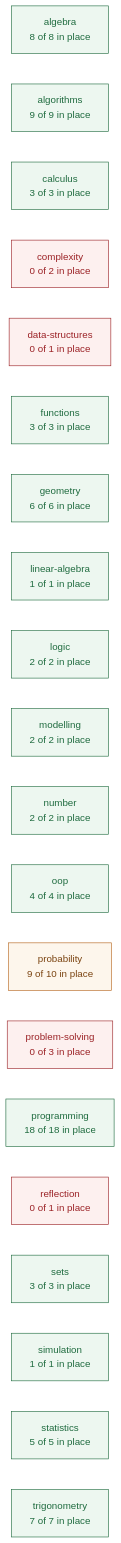
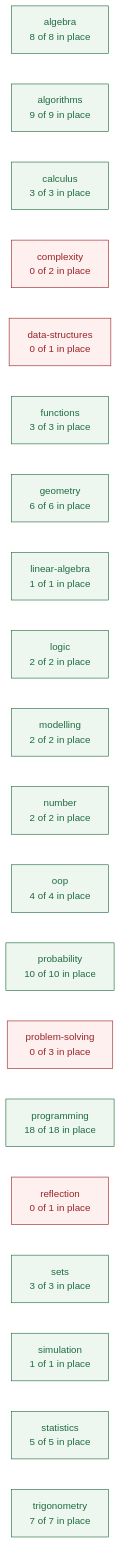
The first of 3 diagrams in planning/CURRICULUM_MAP.md (deweydex/dewlab), drawn with Mermaid before and after one commit. The commit also changed other lines of this file and 5 other files, not shown here.

````diff
--- a/planning/CURRICULUM_MAP.md
+++ b/planning/CURRICULUM_MAP.md
@@ -52,30 +52,29 @@
 ```mermaid
 graph LR
   algebra["algebra<br/>8 of 8 in place"]
   algorithms["algorithms<br/>9 of 9 in place"]
   calculus["calculus<br/>3 of 3 in place"]
   complexity["complexity<br/>0 of 2 in place"]
   data_structures["data-structures<br/>0 of 1 in place"]
   functions["functions<br/>3 of 3 in place"]
   geometry["geometry<br/>6 of 6 in place"]
   linear_algebra["linear-algebra<br/>1 of 1 in place"]
   logic["logic<br/>2 of 2 in place"]
   modelling["modelling<br/>2 of 2 in place"]
   number["number<br/>2 of 2 in place"]
   oop["oop<br/>4 of 4 in place"]
-  probability["probability<br/>9 of 10 in place"]
+  probability["probability<br/>10 of 10 in place"]
   problem_solving["problem-solving<br/>0 of 3 in place"]
   programming["programming<br/>18 of 18 in place"]
   reflection["reflection<br/>0 of 1 in place"]
   sets["sets<br/>3 of 3 in place"]
   simulation["simulation<br/>1 of 1 in place"]
   statistics["statistics<br/>5 of 5 in place"]
   trigonometry["trigonometry<br/>7 of 7 in place"]
 
   classDef full fill:#edf7f0,stroke:#1f6b3f,color:#1f6b3f;
   classDef part fill:#fdf6ec,stroke:#b5651d,color:#7a4310;
   classDef none fill:#fdf0ef,stroke:#9b2226,color:#9b2226;
-  class algebra,algorithms,calculus,functions,geometry,linear_algebra,logic,modelling,number,oop,programming,sets,simulation,statistics,trigonometry full;
-  class probability part;
+  class algebra,algorithms,calculus,functions,geometry,linear_algebra,logic,modelling,number,oop,probability,programming,sets,simulation,statistics,trigonometry full;
   class complexity,data_structures,problem_solving,reflection none;
 ```
````
